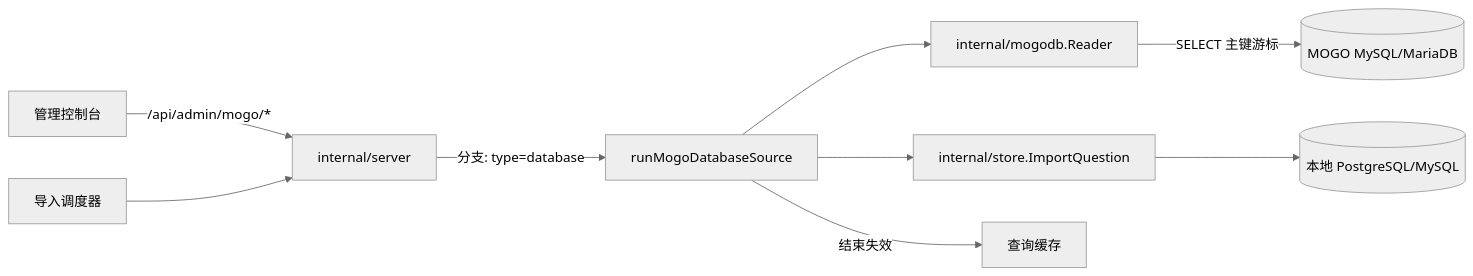
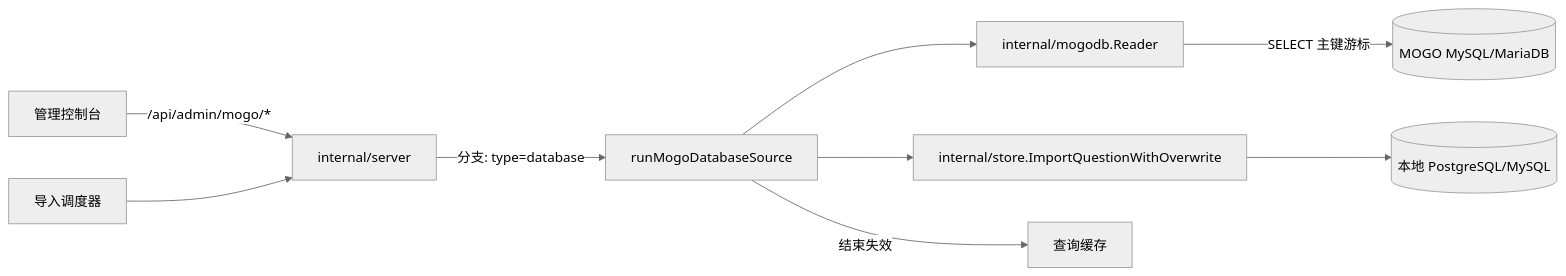
Before and after one commit to NFEN1998/NFENAITK: the first of 2 diagrams in .monkeycode/specs/2026-10-14-mogo-database-import/design.md, drawn with Mermaid (neutral theme). The commit also changed other lines of this file and 56 other files, not shown here.

````diff
--- a/.monkeycode/specs/2026-10-14-mogo-database-import/design.md
+++ b/.monkeycode/specs/2026-10-14-mogo-database-import/design.md
@@ -20,11 +25,11 @@
 ```mermaid
 flowchart LR
     Admin["管理控制台"] -->|"/api/admin/mogo/*"| API["internal/server"]
     Scheduler["导入调度器"] --> API
     API -->|"分支: type=database"| Runner["runMogoDatabaseSource"]
     Runner --> Reader["internal/mogodb.Reader"]
-    Runner --> STORE["internal/store.ImportQuestion"]
+    Runner --> STORE["internal/store.ImportQuestionWithOverwrite"]
     Reader -->|"SELECT 主键游标"| MOGODB[("MOGO MySQL/MariaDB")]
     STORE --> LOCAL[("本地 PostgreSQL/MySQL")]
     Runner -->|"结束失效"| CACHE["查询缓存"]
 ```
````
